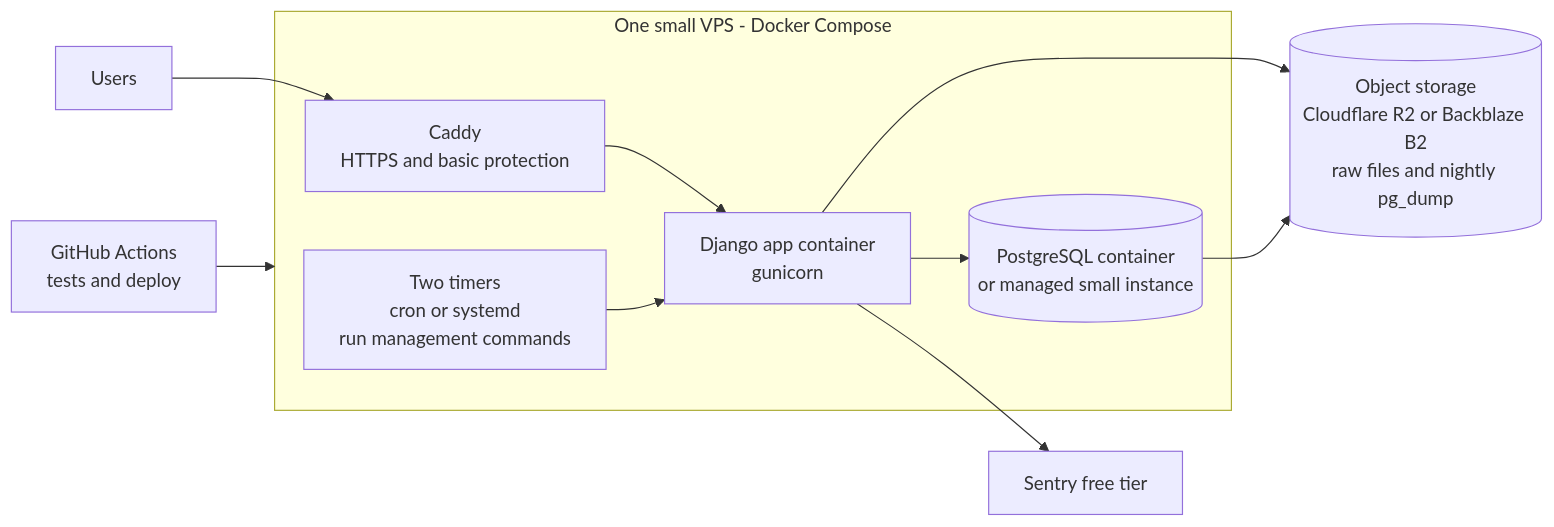
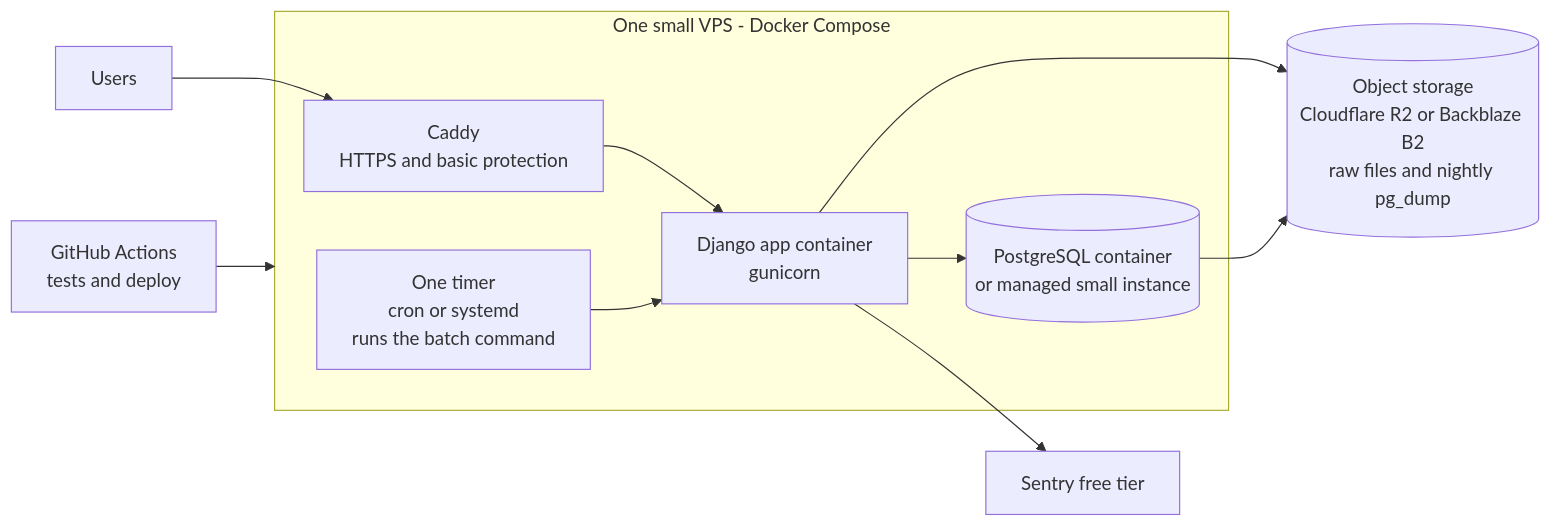
Before and after one commit to karenando11/bxnext-oxhouse: the fifth of 9 diagrams in docs/architecture-and-data-model.md, drawn with Mermaid. The commit also changed other lines of this file and 1 other file, not shown here.

First line of the commit message:
Architecture v6: one daily batch at 06:00 ET

````diff
--- a/docs/architecture-and-data-model.md
+++ b/docs/architecture-and-data-model.md
@@ -273,18 +296,18 @@
 ```mermaid
 flowchart LR
     subgraph VPS[One small VPS - Docker Compose]
         CADDY[Caddy<br/>HTTPS and basic protection]
         DJ[Django app container<br/>gunicorn]
         PG[(PostgreSQL container<br/>or managed small instance)]
-        TMR[Two timers<br/>cron or systemd<br/>run management commands]
+        TMR[One timer<br/>cron or systemd<br/>runs the batch command]
     end
     R2[(Object storage<br/>Cloudflare R2 or Backblaze B2<br/>raw files and nightly pg_dump)]
     GH[GitHub Actions<br/>tests and deploy]
     SENTRY[Sentry free tier]
     USERS[Users] --> CADDY --> DJ --> PG
     TMR --> DJ
     DJ --> R2
     PG --> R2
     GH --> VPS
     DJ --> SENTRY
 ```
````
